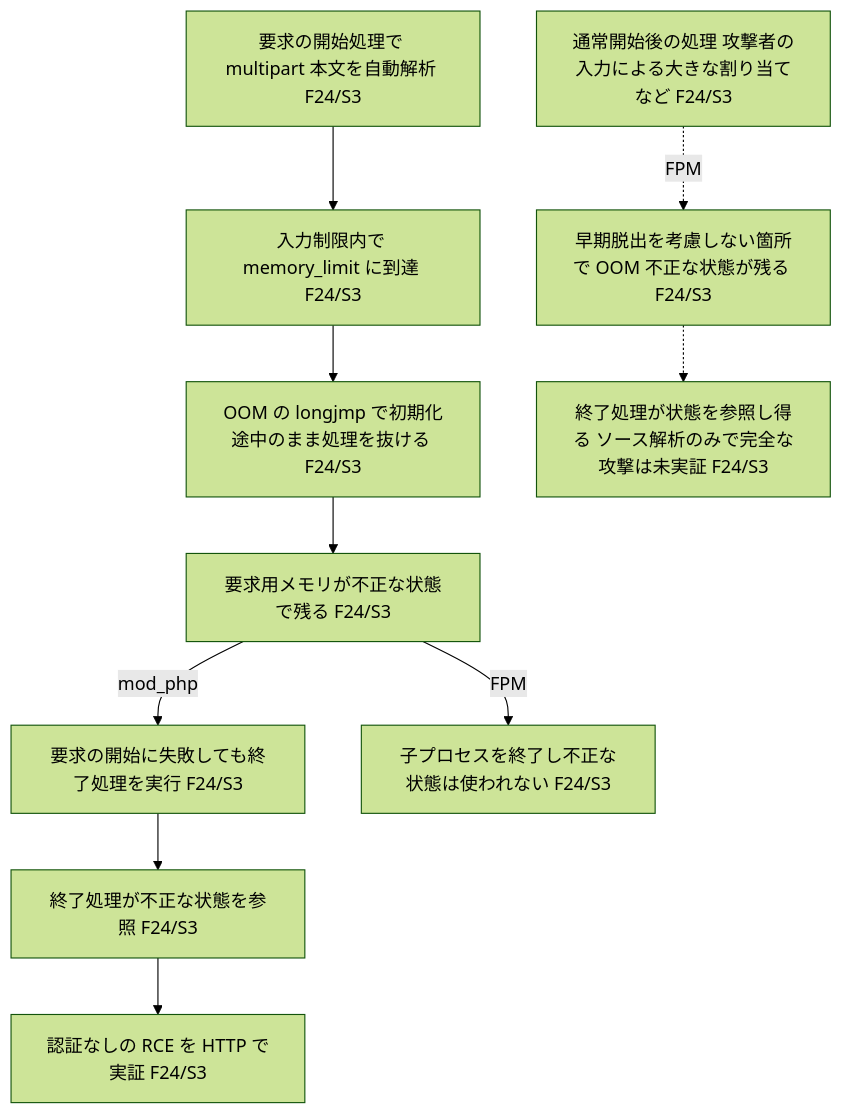
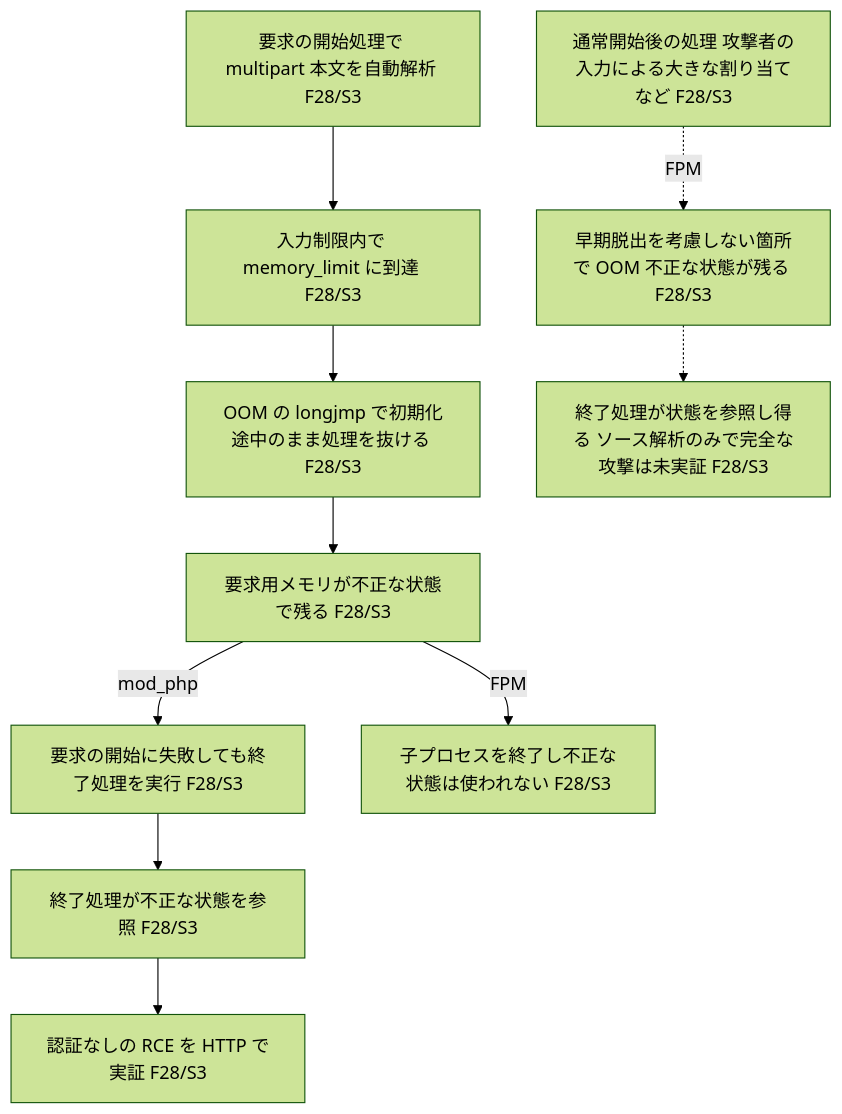
The diagram in examples/CVE-2026-109618/diagram.mmd (hidetzu/vulnograph), drawn with Mermaid (forest theme) before and after one commit. The commit also changed 11 other files, not shown here.

```diff
--- a/examples/CVE-2026-109618/diagram.mmd
+++ b/examples/CVE-2026-109618/diagram.mmd
@@ -1,10 +1,10 @@
 flowchart TD
-  A["要求の開始処理で multipart 本文を自動解析 F24/S3"] --> B["入力制限内で memory_limit に到達 F24/S3"]
-  B --> C["OOM の longjmp で初期化途中のまま処理を抜ける F24/S3"]
-  C --> D["要求用メモリが不正な状態で残る F24/S3"]
-  D -->|mod_php| E["要求の開始に失敗しても終了処理を実行 F24/S3"]
-  E --> F["終了処理が不正な状態を参照 F24/S3"]
-  F --> G["認証なしの RCE を HTTP で実証 F24/S3"]
-  D -->|FPM| H["子プロセスを終了し不正な状態は使われない F24/S3"]
-  J["通常開始後の処理 攻撃者の入力による大きな割り当てなど F24/S3"] -.->|FPM| K["早期脱出を考慮しない箇所で OOM 不正な状態が残る F24/S3"]
-  K -.-> L["終了処理が状態を参照し得る ソース解析のみで完全な攻撃は未実証 F24/S3"]
+  A["要求の開始処理で multipart 本文を自動解析 F28/S3"] --> B["入力制限内で memory_limit に到達 F28/S3"]
+  B --> C["OOM の longjmp で初期化途中のまま処理を抜ける F28/S3"]
+  C --> D["要求用メモリが不正な状態で残る F28/S3"]
+  D -->|mod_php| E["要求の開始に失敗しても終了処理を実行 F28/S3"]
+  E --> F["終了処理が不正な状態を参照 F28/S3"]
+  F --> G["認証なしの RCE を HTTP で実証 F28/S3"]
+  D -->|FPM| H["子プロセスを終了し不正な状態は使われない F28/S3"]
+  J["通常開始後の処理 攻撃者の入力による大きな割り当てなど F28/S3"] -.->|FPM| K["早期脱出を考慮しない箇所で OOM 不正な状態が残る F28/S3"]
+  K -.-> L["終了処理が状態を参照し得る ソース解析のみで完全な攻撃は未実証 F28/S3"]
```
